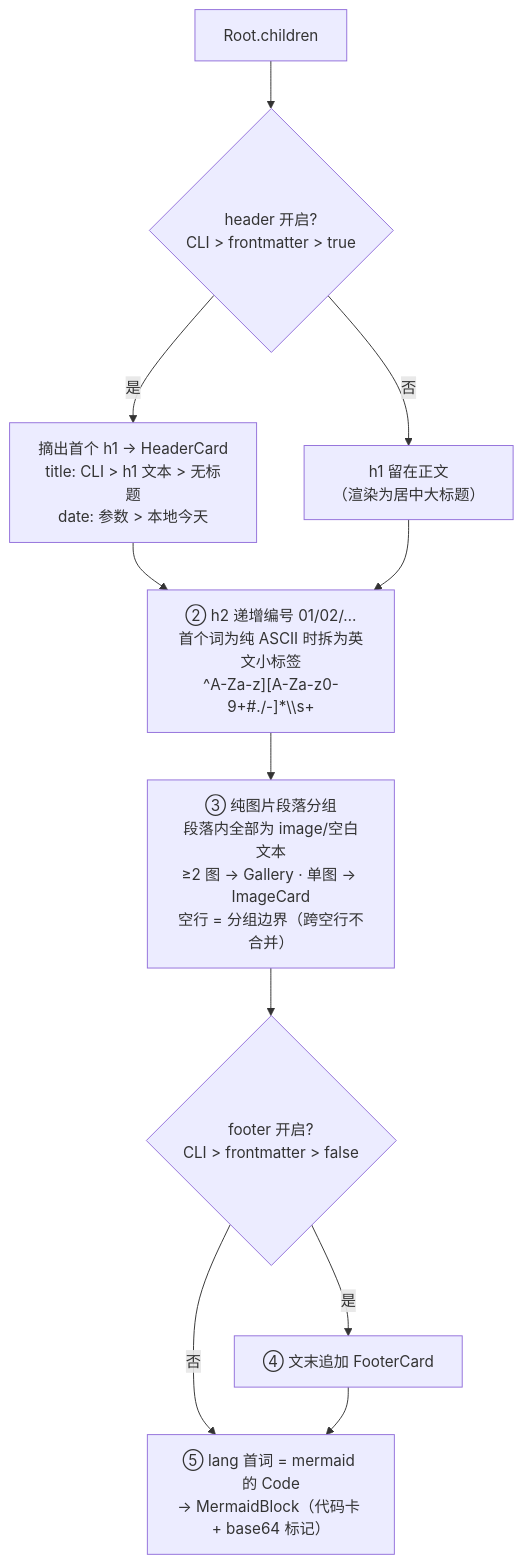
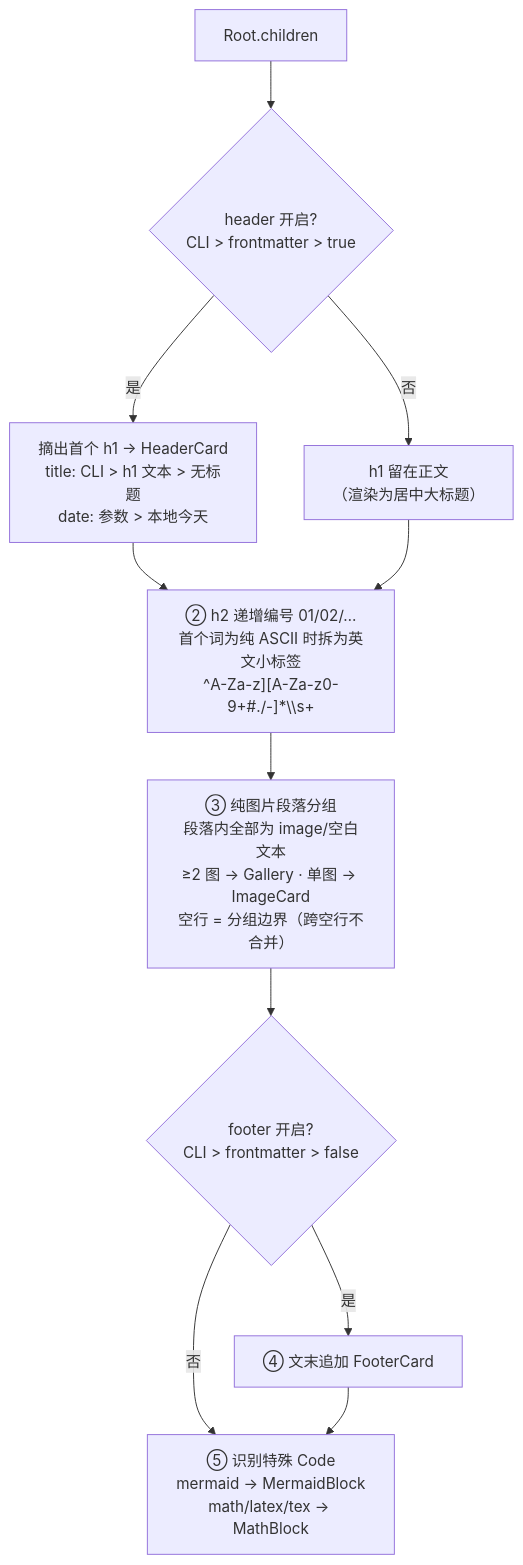
The second of 8 diagrams in docs/DESIGN.md (xinchentechnote/md2html-rs), drawn with Mermaid before and after one commit. The commit also changed other lines of this file and 12 other files, not shown here.

````diff
--- a/docs/DESIGN.md
+++ b/docs/DESIGN.md
@@ -196,13 +197,13 @@
 ```mermaid
 flowchart TD
     A["Root.children"] --> B{"header 开启?<br/>CLI > frontmatter > true"}
     B -->|"是"| C["摘出首个 h1 → HeaderCard<br/>title: CLI > h1 文本 > 无标题<br/>date: 参数 > 本地今天"]
     B -->|"否"| D["h1 留在正文<br/>（渲染为居中大标题）"]
     C --> E["② h2 递增编号 01/02/…<br/>首个词为纯 ASCII 时拆为英文小标签<br/>^A-Za-z][A-Za-z0-9+#./-]*\\s+"]
     D --> E
     E --> F["③ 纯图片段落分组<br/>段落内全部为 image/空白文本<br/>≥2 图 → Gallery · 单图 → ImageCard<br/>空行 = 分组边界（跨空行不合并）"]
     F --> G{"footer 开启?<br/>CLI > frontmatter > false"}
     G -->|"是"| H["④ 文末追加 FooterCard"]
     G -->|"否"| I
-    H --> I["⑤ lang 首词 = mermaid 的 Code<br/>→ MermaidBlock（代码卡 + base64 标记）"]
+    H --> I["⑤ 识别特殊 Code<br/>mermaid → MermaidBlock<br/>math/latex/tex → MathBlock"]
 ```
````
